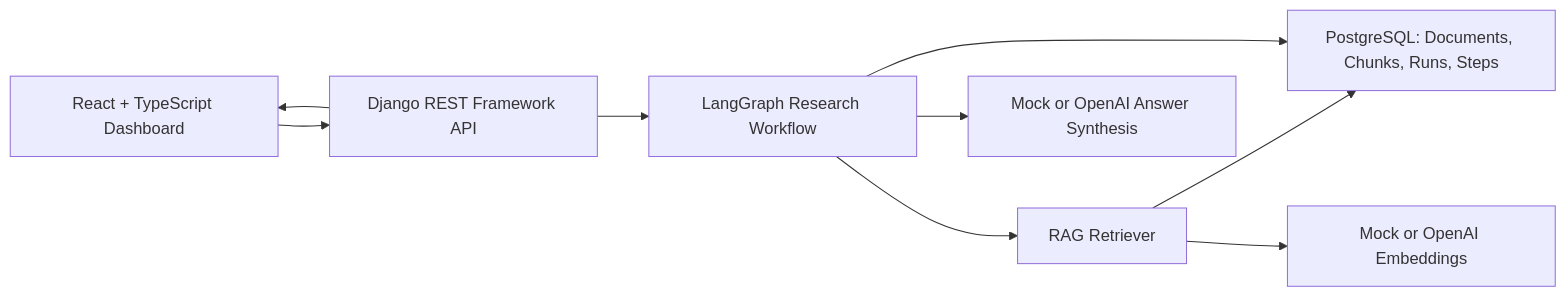
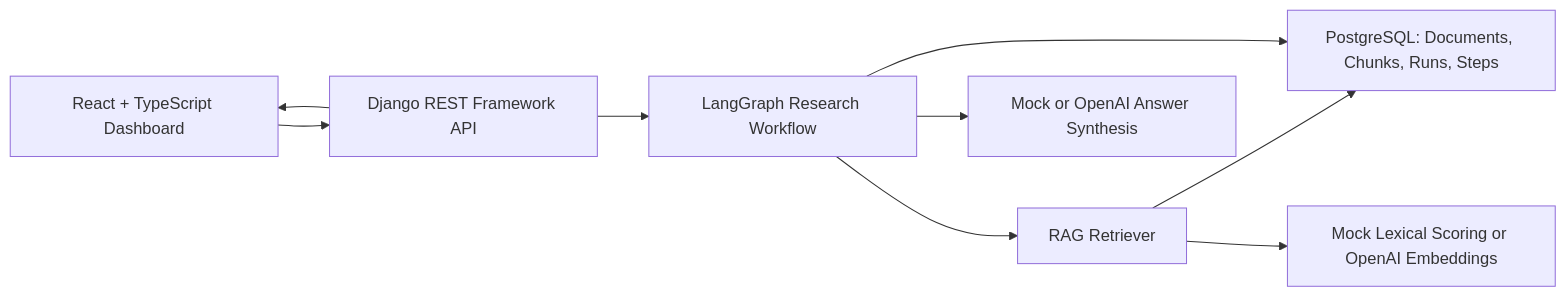
One commit to Zagitalc/Market-Research-Automation-Agent changed the diagram in README.md. Above: the diagram before and after it, drawn with Mermaid. The commit also changed other lines of this file and 5 other files, not shown here.

````diff
--- a/README.md
+++ b/README.md
@@ -24,11 +40,11 @@
 ```mermaid
 flowchart LR
     UI["React + TypeScript Dashboard"] --> API["Django REST Framework API"]
     API --> GRAPH["LangGraph Research Workflow"]
     GRAPH --> RETRIEVER["RAG Retriever"]
     RETRIEVER --> DB["PostgreSQL: Documents, Chunks, Runs, Steps"]
-    RETRIEVER --> EMBEDDINGS["Mock or OpenAI Embeddings"]
+    RETRIEVER --> EMBEDDINGS["Mock Lexical Scoring or OpenAI Embeddings"]
     GRAPH --> LLM["Mock or OpenAI Answer Synthesis"]
     GRAPH --> DB
     API --> UI
 ```
````
